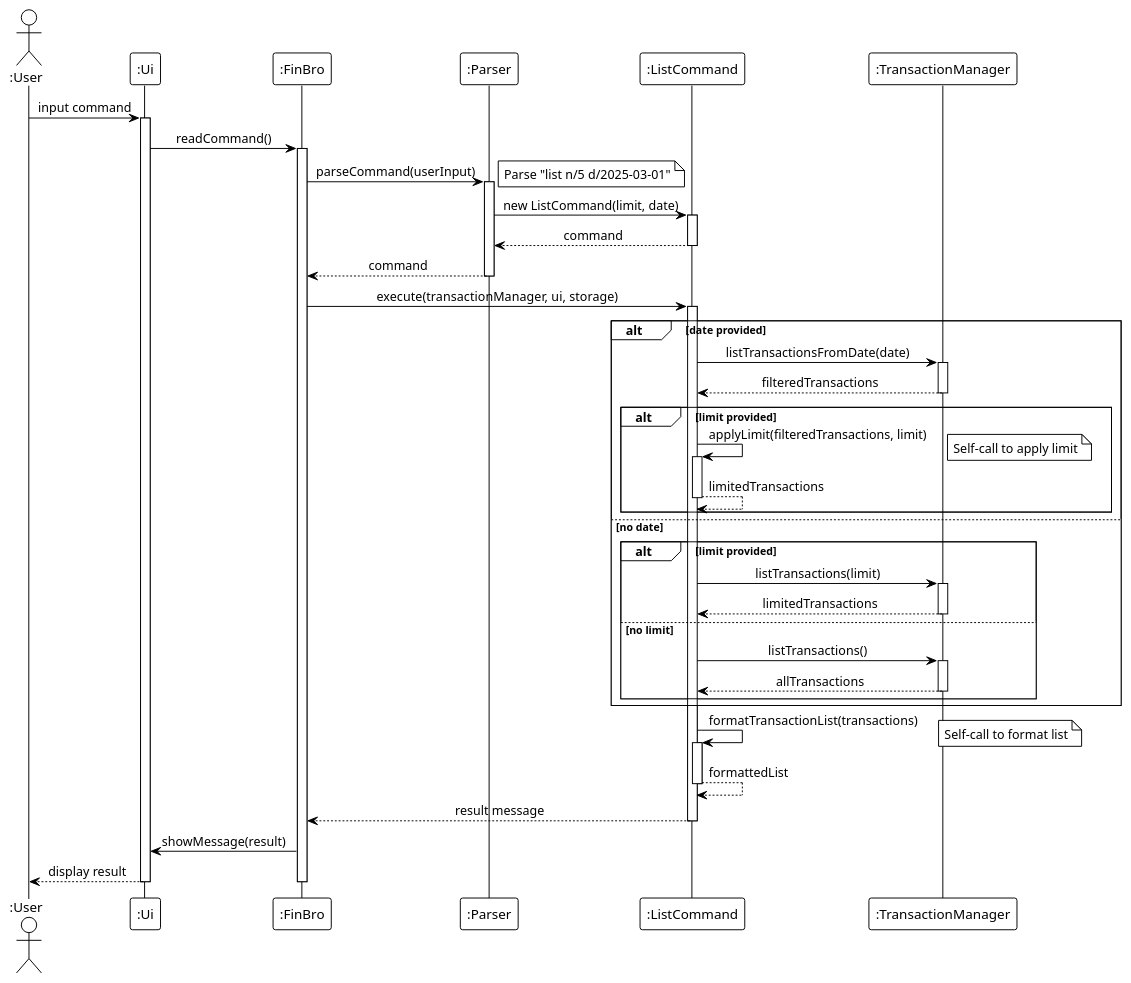
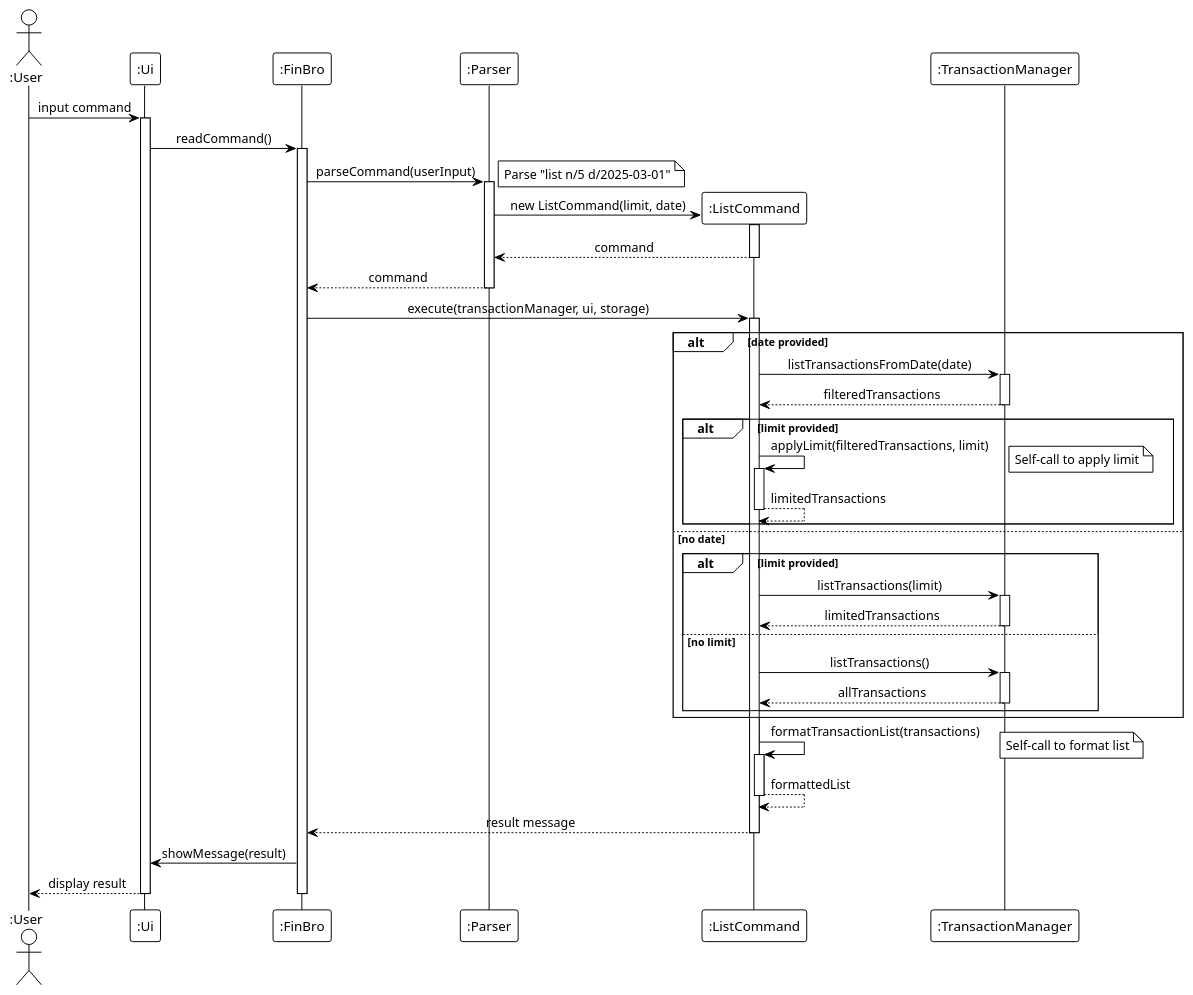
Diagram 19 of 21 in docs/DeveloperGuide.md (laitcanard05/tp), drawn with PlantUML before and after one commit. The commit also changed other lines of this file, not shown here.

````diff
--- a/docs/DeveloperGuide.md
+++ b/docs/DeveloperGuide.md
@@ -1604,76 +1609,77 @@
 ```puml
 @startuml
 !theme plain
 skinparam sequenceMessageAlign center
 skinparam responseMessageBelowArrow true
 
 actor ":User" as User
 participant ":Ui" as UI
 participant ":FinBro" as FinBro
 participant ":Parser" as Parser
 participant ":ListCommand" as ListCommand
 participant ":TransactionManager" as TransactionMgr
 
 User -> UI : input command
 activate UI
 
 UI -> FinBro : readCommand()
 activate FinBro
 
 FinBro -> Parser : parseCommand(userInput)
 activate Parser
 note right: Parse "list n/5 d/2025-03-01"
 
+create ListCommand
 Parser -> ListCommand : new ListCommand(limit, date)
 activate ListCommand
 ListCommand --> Parser : command
 deactivate ListCommand
 Parser --> FinBro : command
 deactivate Parser
 
 FinBro -> ListCommand : execute(transactionManager, ui, storage)
 activate ListCommand
 
 alt date provided
     ListCommand -> TransactionMgr : listTransactionsFromDate(date)
     activate TransactionMgr
     TransactionMgr --> ListCommand : filteredTransactions
     deactivate TransactionMgr
 
     alt limit provided
         ListCommand -> ListCommand : applyLimit(filteredTransactions, limit)
         activate ListCommand
         note right: Self-call to apply limit
         ListCommand --> ListCommand : limitedTransactions
         deactivate ListCommand
     end
 else no date
     alt limit provided
         ListCommand -> TransactionMgr : listTransactions(limit)
         activate TransactionMgr
         TransactionMgr --> ListCommand : limitedTransactions
         deactivate TransactionMgr
     else no limit
         ListCommand -> TransactionMgr : listTransactions()
         activate TransactionMgr
         TransactionMgr --> ListCommand : allTransactions
         deactivate TransactionMgr
     end
 end
 
 ListCommand -> ListCommand : formatTransactionList(transactions)
 activate ListCommand
 note right: Self-call to format list
 ListCommand --> ListCommand : formattedList
 deactivate ListCommand
 
 ListCommand --> FinBro : result message
 deactivate ListCommand
 
 FinBro -> UI : showMessage(result)
 UI --> User : display result
 deactivate UI
 deactivate FinBro
 
 @enduml
 ```
````
